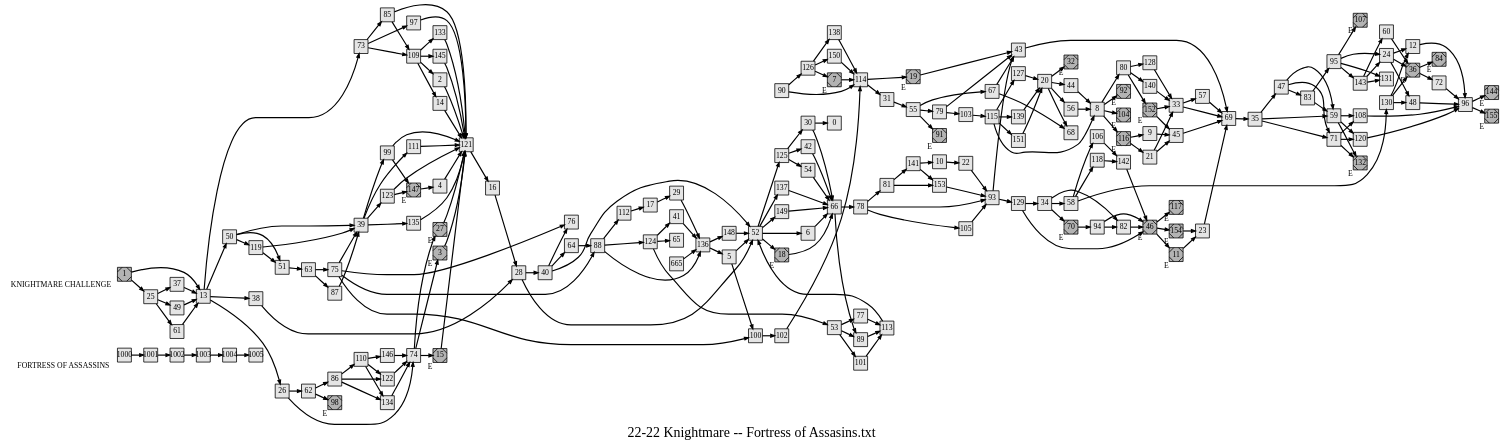
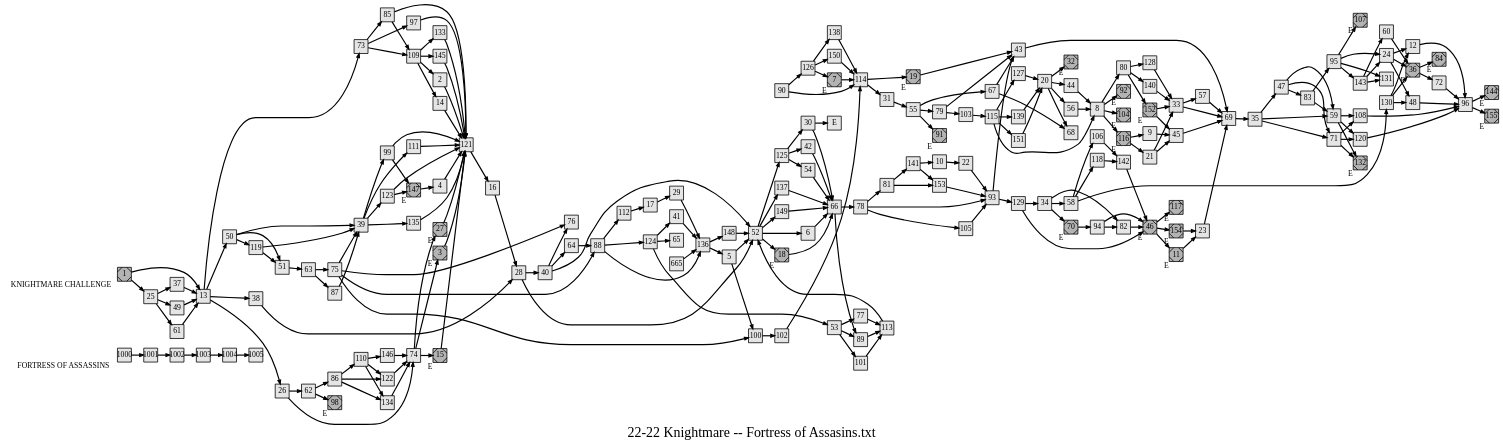
Before and after one commit to jeremydouglass/transverse-gallery: the diagram in assets/gamebooks/graphviz/22-22 Knightmare -- Fortress of Assasins.txt.gv, drawn with Graphviz. The commit also changed 739 other files, not shown here.

Commit message:
Gamebooks: tgf, graphviz, images, thumbs, logs

```diff
--- a/assets/gamebooks/graphviz/22-22 Knightmare -- Fortress of Assasins.txt.gv
+++ b/assets/gamebooks/graphviz/22-22 Knightmare -- Fortress of Assasins.txt.gv
@@ -64,7 +64,7 @@
   28 -> 52;
   29 -> 136;
   30 -> 66;
-  30 -> 0;
+  30 -> E;
   31 -> 55;
   32	[ xlabel="E", shape=Msquare, fontsize=20, fillcolor=grey70 ];
   33 -> 57;
```
